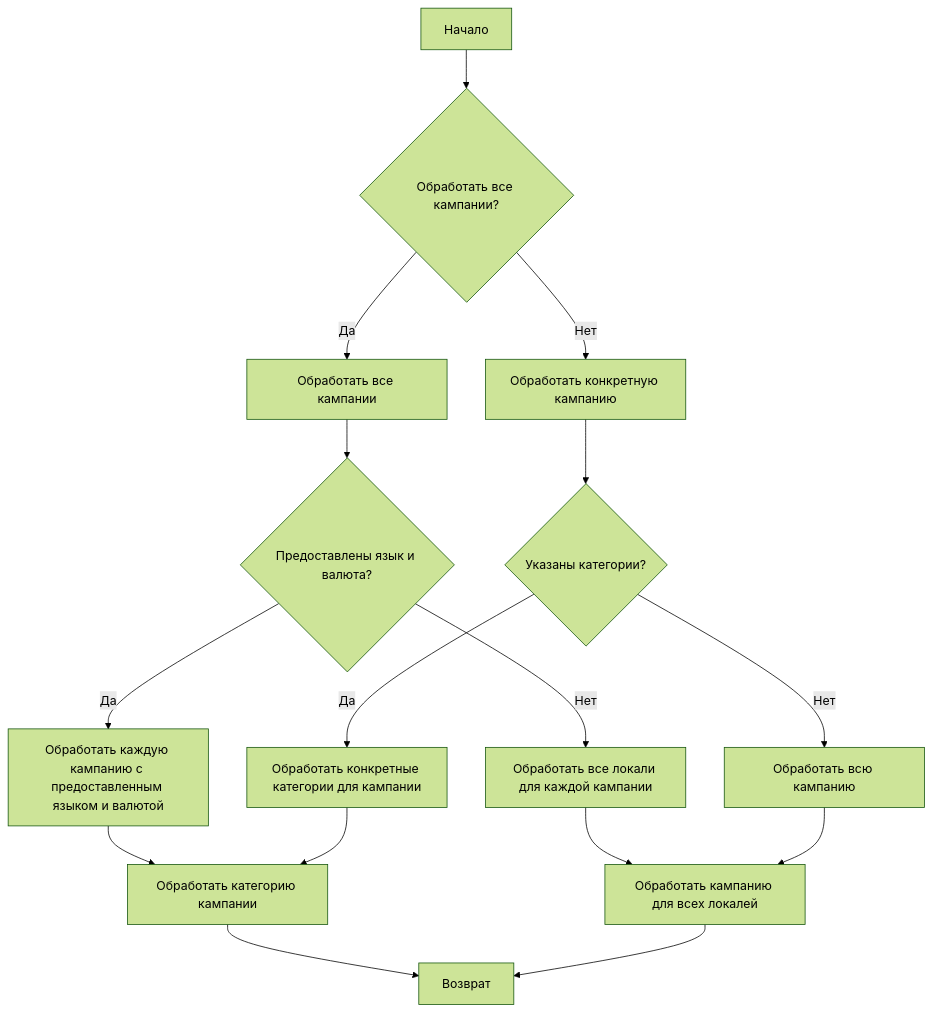
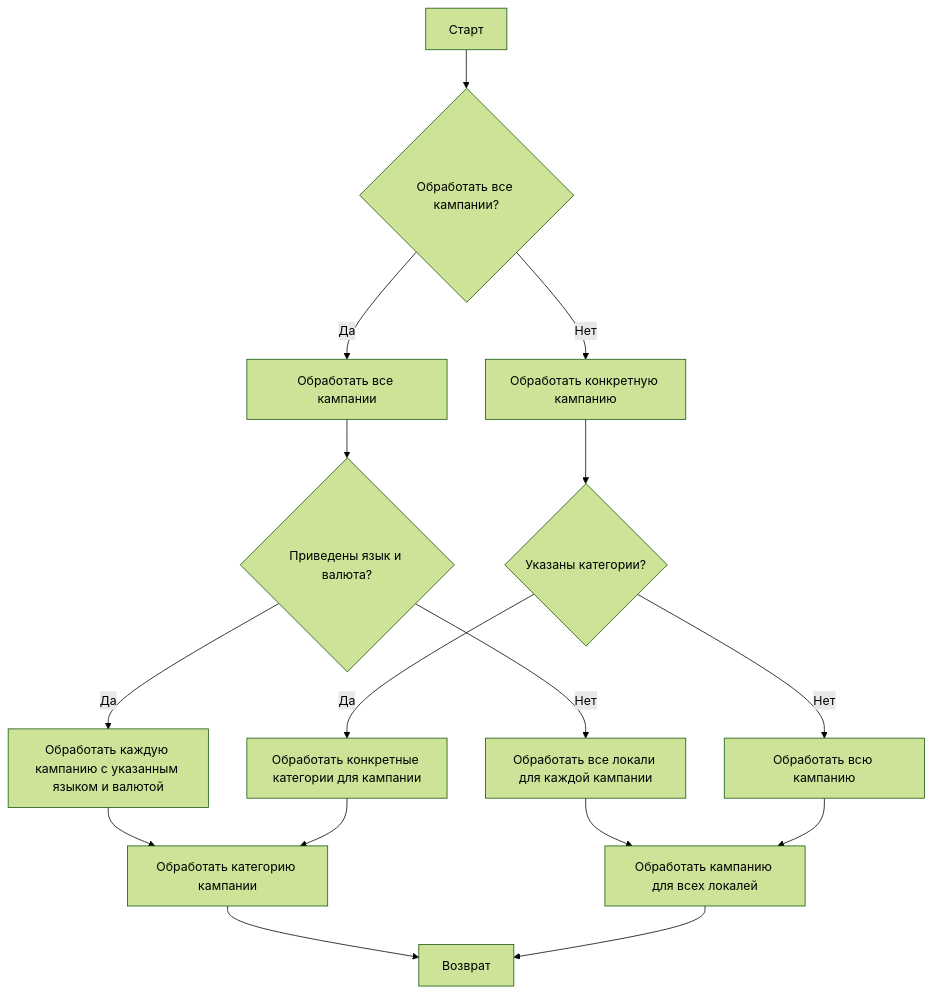
The third of 3 diagrams in docs/gemini/ru/doc/src/suppliers/aliexpress/campaign/README.md (hypo69/hypo), drawn with Mermaid (forest theme) before and after one commit. The commit also changed other lines of this file and 185 other files, not shown here.

````diff
--- a/docs/gemini/ru/doc/src/suppliers/aliexpress/campaign/README.md
+++ b/docs/gemini/ru/doc/src/suppliers/aliexpress/campaign/README.md
@@ -95,22 +87,22 @@
 ```mermaid
 flowchart TD
-    A[Начало] --> B{Обработать все кампании?}
-    B -->|Да| C[Обработать все кампании]
-    B -->|Нет| D[Обработать конкретную кампанию]
-    
-    C --> E{Предоставлены язык и валюта?}
-    E -->|Да| F[Обработать каждую кампанию с предоставленным языком и валютой]
-    E -->|Нет| G[Обработать все локали для каждой кампании]
-    
-    D --> H{Указаны категории?}
-    H -->|Да| I[Обработать конкретные категории для кампании]
-    H -->|Нет| J[Обработать всю кампанию]
-    
-    F --> K[Обработать категорию кампании]
-    G --> L[Обработать кампанию для всех локалей]
-    I --> K
-    J --> L
-    
-    K --> M[Возврат]
-    L --> M
+    A[Старт] --> B{Обработать все кампании?};
+    B -->|Да| C[Обработать все кампании];
+    B -->|Нет| D[Обработать конкретную кампанию];
+
+    C --> E{Приведены язык и валюта?};
+    E -->|Да| F[Обработать каждую кампанию с указанным языком и валютой];
+    E -->|Нет| G[Обработать все локали для каждой кампании];
+
+    D --> H{Указаны категории?};
+    H -->|Да| I[Обработать конкретные категории для кампании];
+    H -->|Нет| J[Обработать всю кампанию];
+
+    F --> K[Обработать категорию кампании];
+    G --> L[Обработать кампанию для всех локалей];
+    I --> K;
+    J --> L;
+
+    K --> M[Возврат];
+    L --> M;
 ```
````
